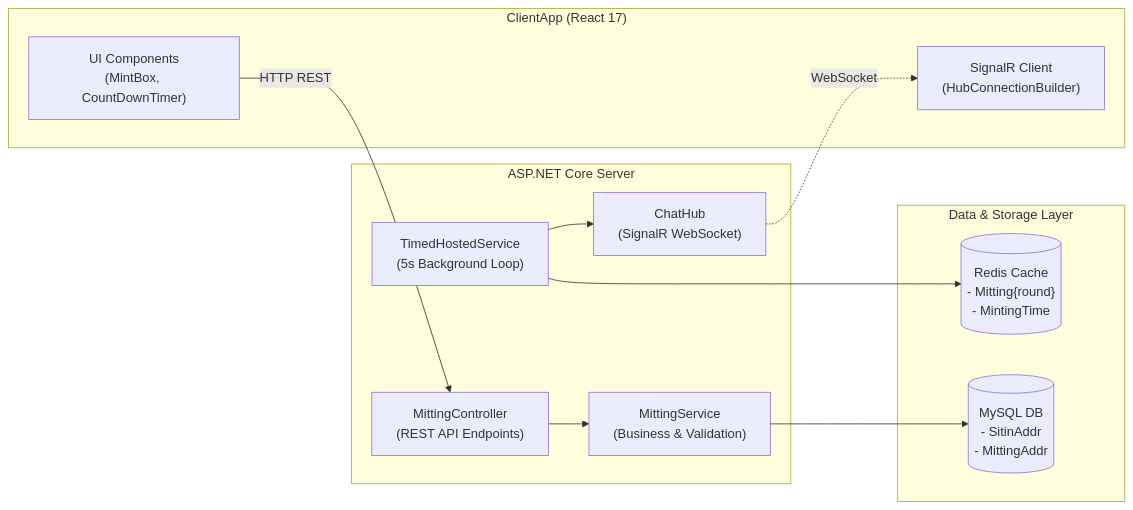
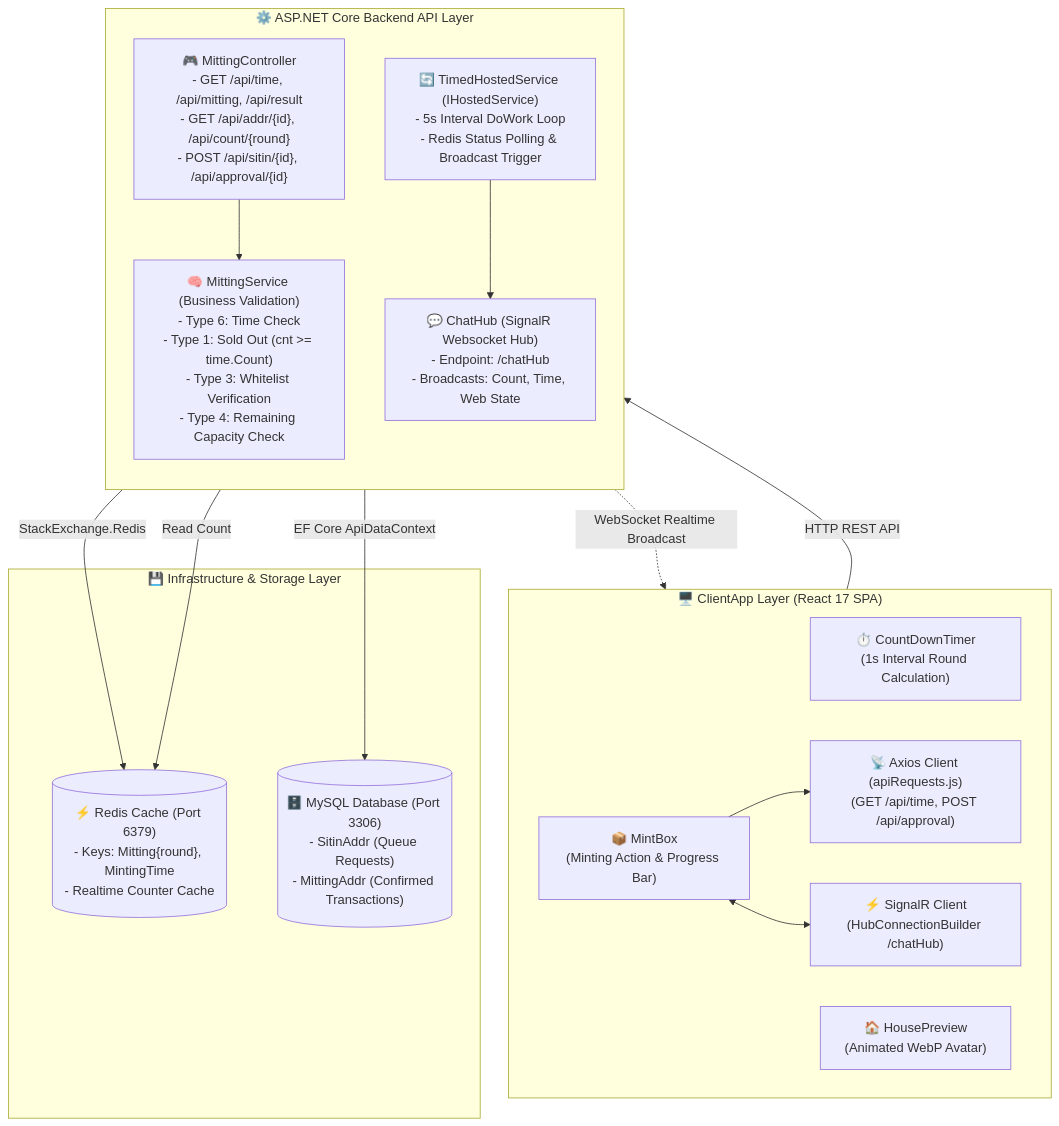
One commit to comfiapps/vtok-all changed the diagram in vtok_publishing_web/README.md. Above: the diagram before and after it, drawn with Mermaid. The commit also changed other lines of this file and 6 other files, not shown here.

Commit message:
docs: remove diagrams from practice projects and reinforce architecture diagrams for vtok_publishing_web & SandboxClone

````diff
--- a/vtok_publishing_web/README.md
+++ b/vtok_publishing_web/README.md
@@ -9,36 +9,37 @@
 ```mermaid
-flowchart LR
-    subgraph Client ["ClientApp (React 17)"]
-        UI["UI Components
-(MintBox, CountDownTimer)"]
-        WS_CLIENT["SignalR Client
-(HubConnectionBuilder)"]
+flowchart TD
+    subgraph Frontend ["🖥️ ClientApp Layer (React 17 SPA)"]
+        direction LR
+        TIMER_UI["⏱️ CountDownTimer\n(1s Interval Round Calculation)"]
+        MINT_UI["📦 MintBox\n(Minting Action & Progress Bar)"]
+        HOUSE_UI["🏠 HousePreview\n(Animated WebP Avatar)"]
+        API_REQ["📡 Axios Client (apiRequests.js)\n(GET /api/time, POST /api/approval)"]
+        SIGNALR_CLIENT["⚡ SignalR Client\n(HubConnectionBuilder /chatHub)"]
+
+        MINT_UI --> API_REQ
+        MINT_UI <--> SIGNALR_CLIENT
     end
 
-    subgraph Server ["ASP.NET Core Server"]
-        CTRL["MittingController
-(REST API Endpoints)"]
-        SVC["MittingService
-(Business & Validation)"]
-        TIMER["TimedHostedService
-(5s Background Loop)"]
-        HUB["ChatHub
-(SignalR WebSocket)"]
+    subgraph Backend ["⚙️ ASP.NET Core Backend API Layer"]
+        direction TB
+        CTRL["🎮 MittingController\n- GET /api/time, /api/mitting, /api/result\n- GET /api/addr/{id}, /api/count/{round}\n- POST /api/sitin/{id}, /api/approval/{id}"]
+        SVC["🧠 MittingService (Business Validation)\n- Type 6: Time Check\n- Type 1: Sold Out (cnt >= time.Count)\n- Type 3: Whitelist Verification\n- Type 4: Remaining Capacity Check"]
+        HOSTED_SVC["🔄 TimedHostedService (IHostedService)\n- 5s Interval DoWork Loop\n- Redis Status Polling & Broadcast Trigger"]
+        HUB["💬 ChatHub (SignalR Websocket Hub)\n- Endpoint: /chatHub\n- Broadcasts: Count, Time, Web State"]
+
+        CTRL --> SVC
+        HOSTED_SVC --> HUB
     end
 
-    subgraph DB ["Data & Storage Layer"]
-        REDIS[("Redis Cache
-- Mitting{round}
-- MintingTime")]
-        MYSQL[("MySQL DB
-- SitinAddr
-- MittingAddr")]
+    subgraph Storage ["💾 Infrastructure & Storage Layer"]
+        REDIS[("⚡ Redis Cache (Port 6379)\n- Keys: Mitting{round}, MintingTime\n- Realtime Counter Cache")]
+        MYSQL[("🗄️ MySQL Database (Port 3306)\n- SitinAddr (Queue Requests)\n- MittingAddr (Confirmed Transactions)")]
+
+        SVC -->|EF Core ApiDataContext| MYSQL
+        HOSTED_SVC -->|StackExchange.Redis| REDIS
+        CTRL -->|Read Count| REDIS
     end
 
-    UI -->|HTTP REST| CTRL
-    CTRL --> SVC
-    SVC --> MYSQL
-    TIMER --> REDIS
-    TIMER --> HUB
-    HUB -.->|WebSocket| WS_CLIENT
+    API_REQ -->|HTTP REST API| CTRL
+    HUB -.->|WebSocket Realtime Broadcast| SIGNALR_CLIENT
 ```
````
